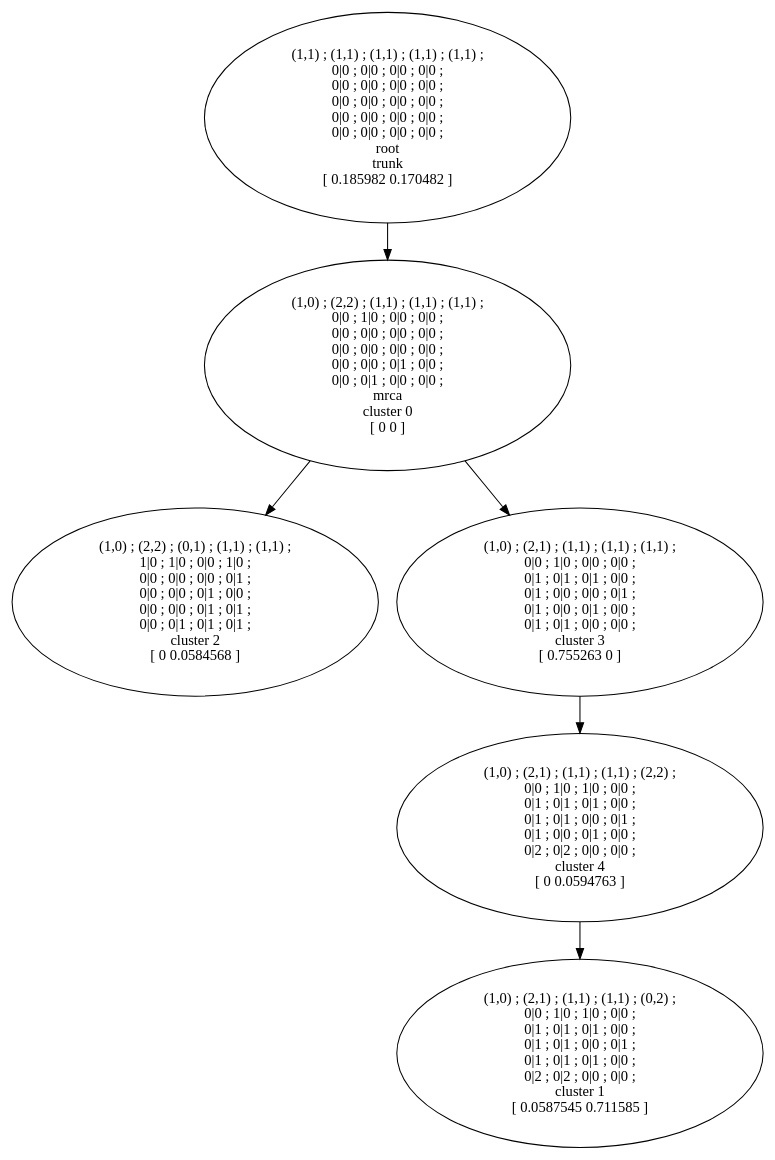
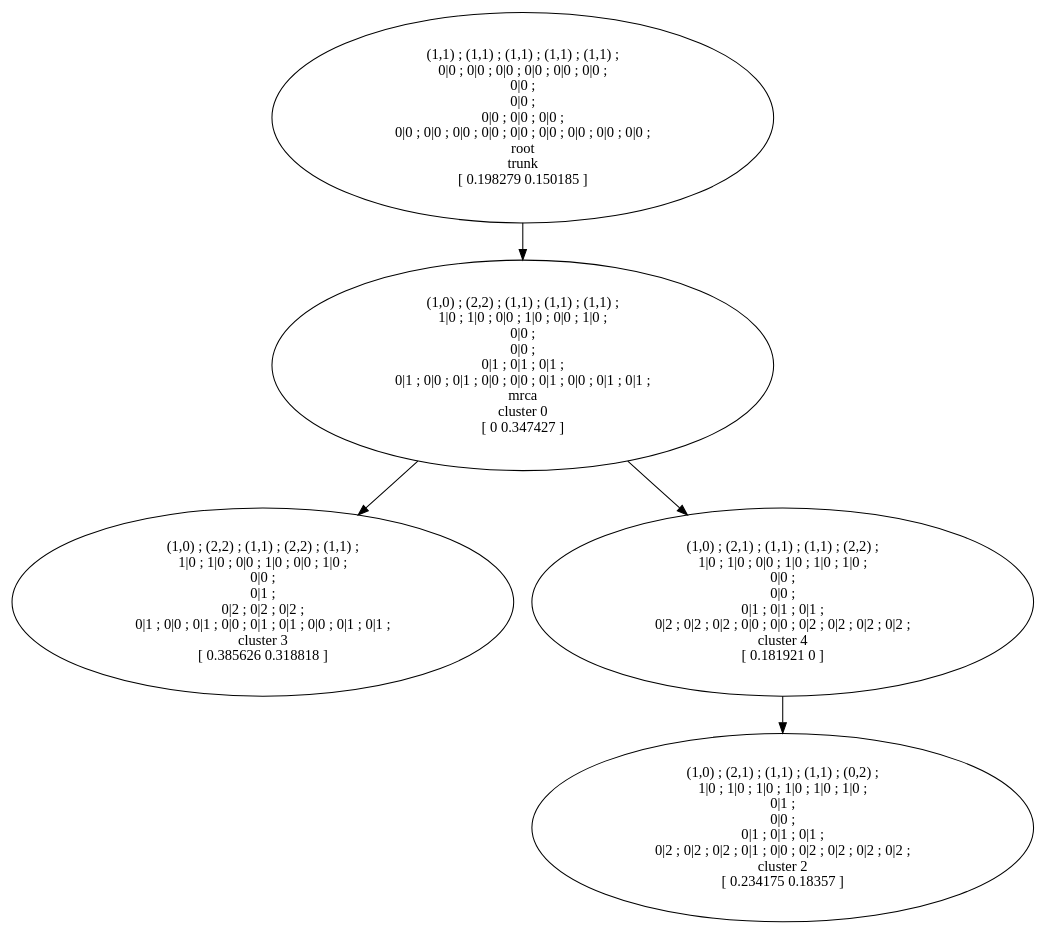
One commit to nicoledd/PACTIONproject changed the diagram in data/c2_k5_n20_s1_T.dot. Above: the diagram before and after it, drawn with Graphviz. The commit also changed 63 other files, not shown here.

```diff
--- a/data/c2_k5_n20_s1_T.dot
+++ b/data/c2_k5_n20_s1_T.dot
@@ -1,13 +1,11 @@
 digraph T {
-	7 [label="(1,1) ; (1,1) ; (1,1) ; (1,1) ; (1,1) ; \n0|0 ; 0|0 ; 0|0 ; 0|0 ; \n0|0 ; 0|0 ; 0|0 ; 0|0 ; \n0|0 ; 0|0 ; 0|0 ; 0|0 ; \n0|0 ; 0|0 ; 0|0 ; 0|0 ; \n0|0 ; 0|0 ; 0|0 ; 0|0 ; \nroot\ntrunk\n[ 0.185982 0.170482 ]"]
-	5 [label="(1,0) ; (2,2) ; (1,1) ; (1,1) ; (1,1) ; \n0|0 ; 1|0 ; 0|0 ; 0|0 ; \n0|0 ; 0|0 ; 0|0 ; 0|0 ; \n0|0 ; 0|0 ; 0|0 ; 0|0 ; \n0|0 ; 0|0 ; 0|1 ; 0|0 ; \n0|0 ; 0|1 ; 0|0 ; 0|0 ; \nmrca\ncluster 0\n[ 0 0 ]"]
-	4 [label="(1,0) ; (2,2) ; (0,1) ; (1,1) ; (1,1) ; \n1|0 ; 1|0 ; 0|0 ; 1|0 ; \n0|0 ; 0|0 ; 0|0 ; 0|1 ; \n0|0 ; 0|0 ; 0|1 ; 0|0 ; \n0|0 ; 0|0 ; 0|1 ; 0|1 ; \n0|0 ; 0|1 ; 0|1 ; 0|1 ; \ncluster 2\n[ 0 0.0584568 ]"]
-	3 [label="(1,0) ; (2,1) ; (1,1) ; (1,1) ; (2,2) ; \n0|0 ; 1|0 ; 1|0 ; 0|0 ; \n0|1 ; 0|1 ; 0|1 ; 0|0 ; \n0|1 ; 0|1 ; 0|0 ; 0|1 ; \n0|1 ; 0|0 ; 0|1 ; 0|0 ; \n0|2 ; 0|2 ; 0|0 ; 0|0 ; \ncluster 4\n[ 0 0.0594763 ]"]
-	2 [label="(1,0) ; (2,1) ; (1,1) ; (1,1) ; (1,1) ; \n0|0 ; 1|0 ; 0|0 ; 0|0 ; \n0|1 ; 0|1 ; 0|1 ; 0|0 ; \n0|1 ; 0|0 ; 0|0 ; 0|1 ; \n0|1 ; 0|0 ; 0|1 ; 0|0 ; \n0|1 ; 0|1 ; 0|0 ; 0|0 ; \ncluster 3\n[ 0.755263 0 ]"]
-	1 [label="(1,0) ; (2,1) ; (1,1) ; (1,1) ; (0,2) ; \n0|0 ; 1|0 ; 1|0 ; 0|0 ; \n0|1 ; 0|1 ; 0|1 ; 0|0 ; \n0|1 ; 0|1 ; 0|0 ; 0|1 ; \n0|1 ; 0|1 ; 0|1 ; 0|0 ; \n0|2 ; 0|2 ; 0|0 ; 0|0 ; \ncluster 1\n[ 0.0587545 0.711585 ]"]
+	7 [label="(1,1) ; (1,1) ; (1,1) ; (1,1) ; (1,1) ; \n0|0 ; 0|0 ; 0|0 ; 0|0 ; 0|0 ; 0|0 ; \n0|0 ; \n0|0 ; \n0|0 ; 0|0 ; 0|0 ; \n0|0 ; 0|0 ; 0|0 ; 0|0 ; 0|0 ; 0|0 ; 0|0 ; 0|0 ; 0|0 ; \nroot\ntrunk\n[ 0.198279 0.150185 ]"]
+	6 [label="(1,0) ; (2,2) ; (1,1) ; (2,2) ; (1,1) ; \n1|0 ; 1|0 ; 0|0 ; 1|0 ; 0|0 ; 1|0 ; \n0|0 ; \n0|1 ; \n0|2 ; 0|2 ; 0|2 ; \n0|1 ; 0|0 ; 0|1 ; 0|0 ; 0|1 ; 0|1 ; 0|0 ; 0|1 ; 0|1 ; \ncluster 3\n[ 0.385626 0.318818 ]"]
+	5 [label="(1,0) ; (2,2) ; (1,1) ; (1,1) ; (1,1) ; \n1|0 ; 1|0 ; 0|0 ; 1|0 ; 0|0 ; 1|0 ; \n0|0 ; \n0|0 ; \n0|1 ; 0|1 ; 0|1 ; \n0|1 ; 0|0 ; 0|1 ; 0|0 ; 0|0 ; 0|1 ; 0|0 ; 0|1 ; 0|1 ; \nmrca\ncluster 0\n[ 0 0.347427 ]"]
+	3 [label="(1,0) ; (2,1) ; (1,1) ; (1,1) ; (2,2) ; \n1|0 ; 1|0 ; 0|0 ; 1|0 ; 1|0 ; 1|0 ; \n0|0 ; \n0|0 ; \n0|1 ; 0|1 ; 0|1 ; \n0|2 ; 0|2 ; 0|2 ; 0|0 ; 0|0 ; 0|2 ; 0|2 ; 0|2 ; 0|2 ; \ncluster 4\n[ 0.181921 0 ]"]
+	1 [label="(1,0) ; (2,1) ; (1,1) ; (1,1) ; (0,2) ; \n1|0 ; 1|0 ; 1|0 ; 1|0 ; 1|0 ; 1|0 ; \n0|1 ; \n0|0 ; \n0|1 ; 0|1 ; 0|1 ; \n0|2 ; 0|2 ; 0|2 ; 0|1 ; 0|0 ; 0|2 ; 0|2 ; 0|2 ; 0|2 ; \ncluster 2\n[ 0.234175 0.18357 ]"]
 7 -> 5
-5 -> 4
-5 -> 2
+5 -> 3
+5 -> 6
 3 -> 1
-2 -> 3
 }
```
